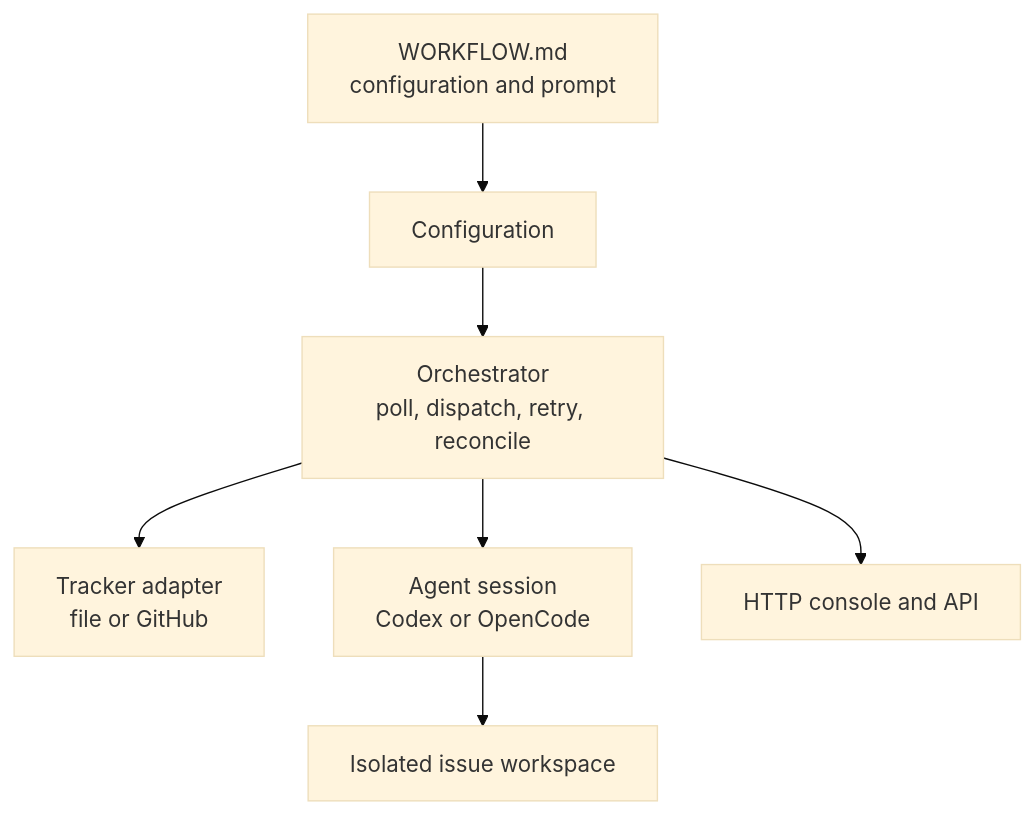
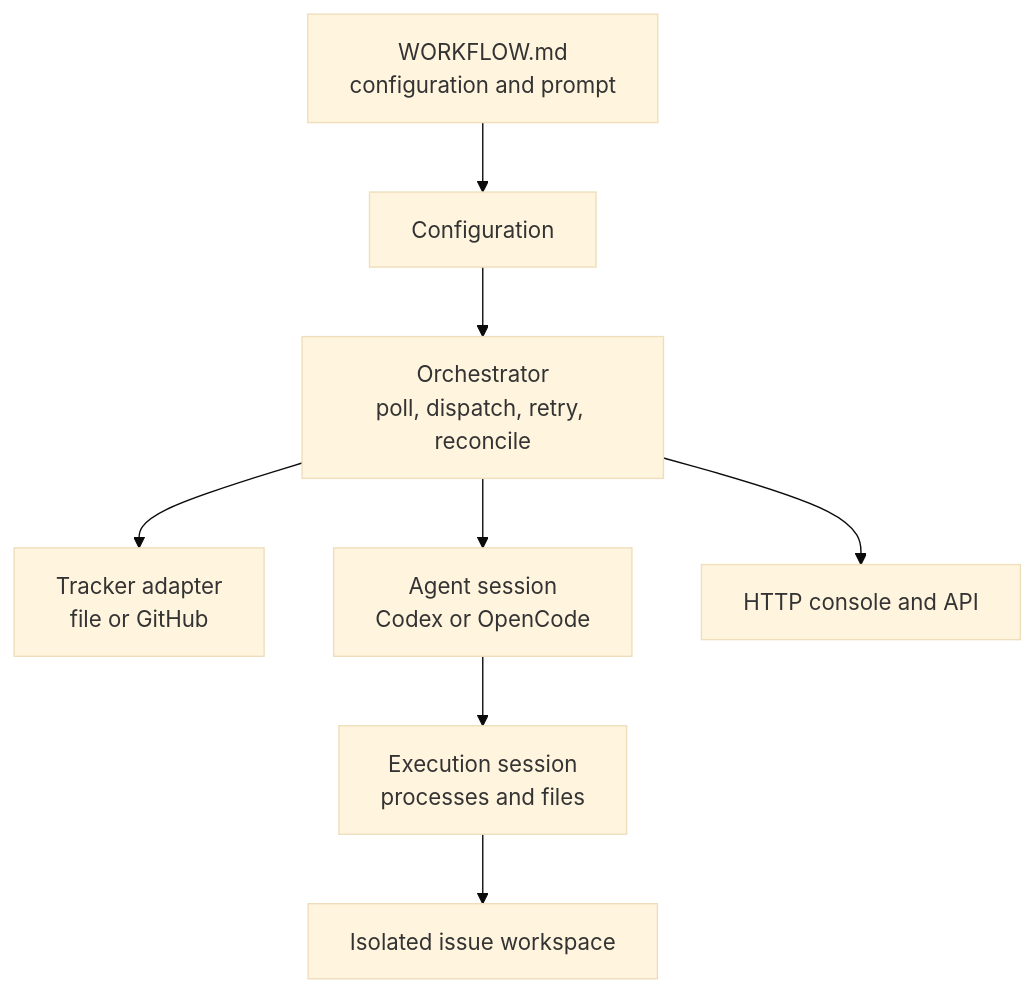
One commit to Ayan-sh03/symphony changed the diagram in docs/architecture.md. Above: the diagram before and after it, drawn with Mermaid (base theme). The commit also changed other lines of this file and 1 other file, not shown here.

Commit message:
docs: define execution session ownership and asynchronous cleanup contracts

````diff
--- a/docs/architecture.md
+++ b/docs/architecture.md
@@ -6,9 +6,10 @@
 ```mermaid
 flowchart TD
     W["WORKFLOW.md<br/>configuration and prompt"] --> C["Configuration"]
     C --> O["Orchestrator<br/>poll, dispatch, retry, reconcile"]
     O --> T["Tracker adapter<br/>file or GitHub"]
     O --> A["Agent session<br/>Codex or OpenCode"]
     O --> S["HTTP console and API"]
-    A --> X["Isolated issue workspace"]
+    A --> E["Execution session<br/>processes and files"]
+    E --> X["Isolated issue workspace"]
 ```
````
